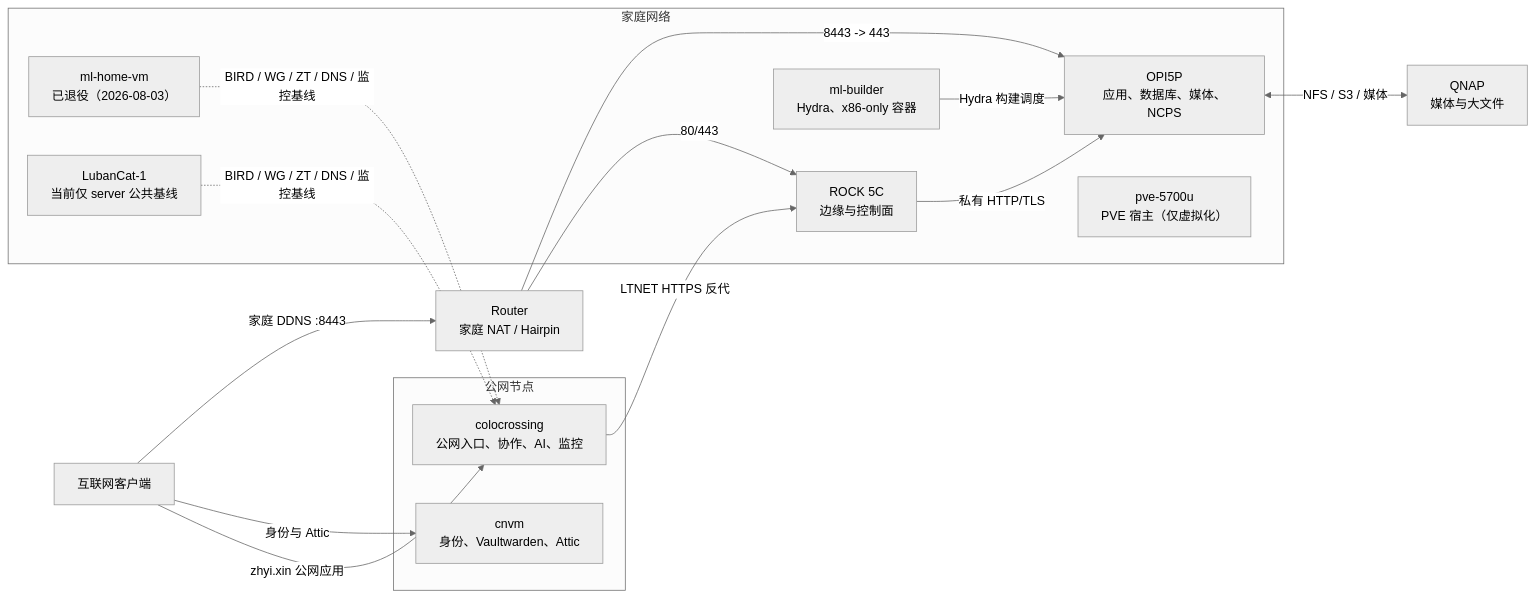
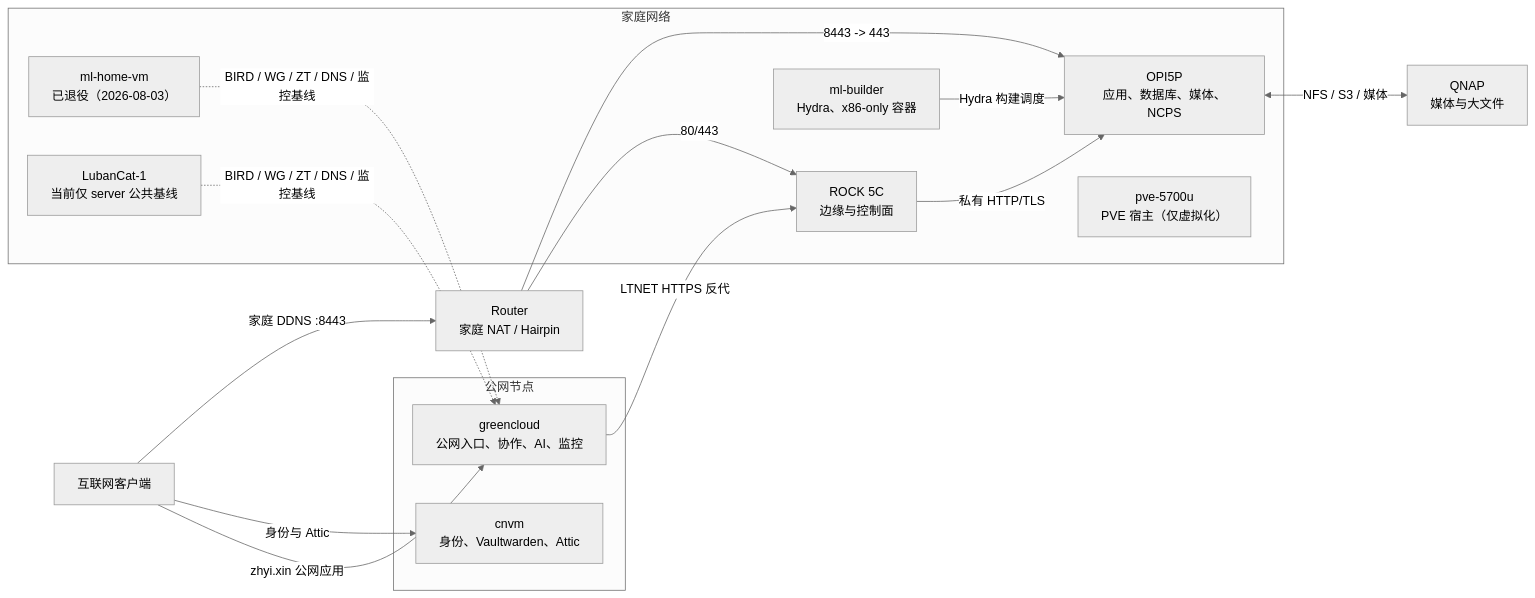
The first of 2 diagrams in docs/infrastructure/service-chain-lubancat-audit.md (zhyiheihei/nixos-config), drawn with Mermaid (neutral theme) before and after one commit. The commit also changed other lines of this file and 76 other files, not shown here.

First line of the commit message:
refactor(hosts): rename colocrossing to greencloud (provider name)

````diff
--- a/docs/infrastructure/service-chain-lubancat-audit.md
+++ b/docs/infrastructure/service-chain-lubancat-audit.md
@@ -33,32 +33,32 @@
 ```mermaid
 flowchart LR
   Internet["互联网客户端"]
   Router["Router\n家庭 NAT / Hairpin"]
   QNAP["QNAP\n媒体与大文件"]
 
   subgraph Cloud["公网节点"]
-    Colo["colocrossing\n公网入口、协作、AI、监控"]
+    Colo["greencloud\n公网入口、协作、AI、监控"]
     CNVM["cnvm\n身份、Vaultwarden、Attic"]
   end
 
   subgraph Home["家庭网络"]
     Rock["ROCK 5C\n边缘与控制面"]
     OPI["OPI5P\n应用、数据库、媒体、NCPS"]
     Builder["ml-builder\nHydra、x86-only 容器"]
     PVE["pve-5700u\nPVE 宿主（仅虚拟化）"]
     OldVM["ml-home-vm\n已退役（2026-08-03）"]
     Luban["LubanCat-1\n当前仅 server 公共基线"]
   end
 
   Internet -->|"zhyi.xin 公网应用"| Colo
   Internet -->|"身份与 Attic"| CNVM
   Internet -->|"家庭 DDNS :8443"| Router
   Colo -->|"LTNET HTTPS 反代"| Rock
   Router -->|"80/443"| Rock
   Router -->|"8443 -> 443"| OPI
   Rock -->|"私有 HTTP/TLS"| OPI
   OPI <-->|"NFS / S3 / 媒体"| QNAP
   Builder -->|"Hydra 构建调度"| OPI
   Luban -.->|"BIRD / WG / ZT / DNS / 监控基线"| Colo
   OldVM -.->|"BIRD / WG / ZT / DNS / 监控基线"| Colo
 ```
````
